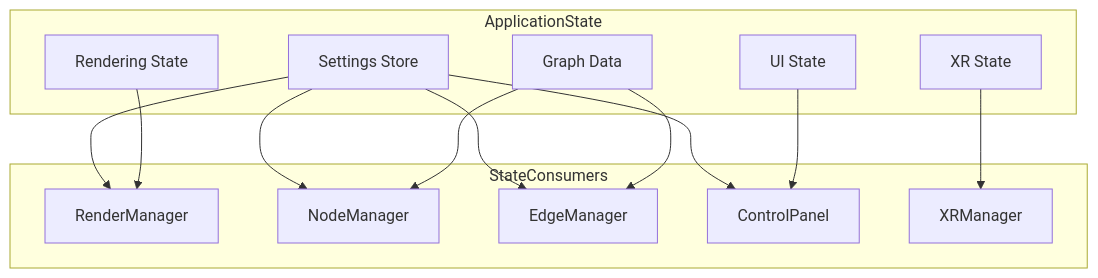
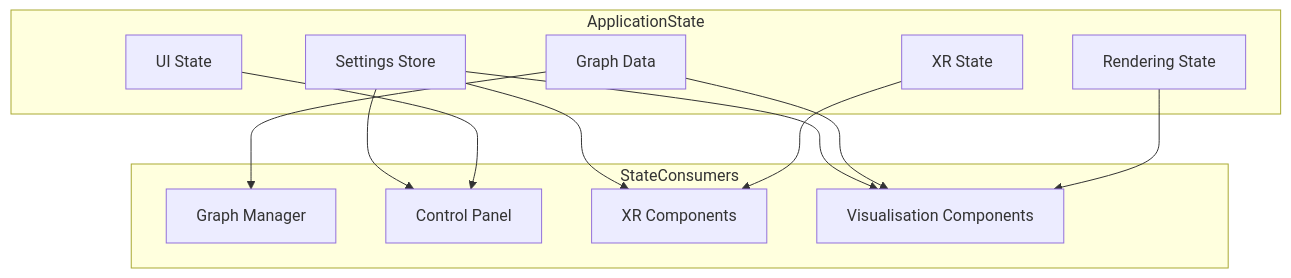
Before and after one commit to DreamLab-AI/VisionFlow: the first of 3 diagrams in docs/client/state.md, drawn with Mermaid. The commit also changed other lines of this file and 8 other files, not shown here.

````diff
--- a/docs/client/state.md
+++ b/docs/client/state.md
@@ -15,30 +15,28 @@
 ```mermaid
 flowchart TB
     subgraph ApplicationState
         Settings[Settings Store]
         GraphData[Graph Data]
         UIState[UI State]
         RenderState[Rendering State]
         XRState[XR State]
     end
     
     subgraph StateConsumers
-        RenderManager
-        NodeManager
-        EdgeManager
-        ControlPanel
-        XRManager
+        GraphManager[Graph Manager]
+        ControlPanel[Control Panel]
+        XRComponents[XR Components]
+        VisualisationComponents[Visualisation Components]
     end
     
-    Settings --> RenderManager
-    Settings --> NodeManager
-    Settings --> EdgeManager
+    Settings --> VisualisationComponents
     Settings --> ControlPanel
+    Settings --> XRComponents
     
-    GraphData --> NodeManager
-    GraphData --> EdgeManager
+    GraphData --> GraphManager
+    GraphData --> VisualisationComponents
     
     UIState --> ControlPanel
-    RenderState --> RenderManager
-    XRState --> XRManager
+    RenderState --> VisualisationComponents
+    XRState --> XRComponents
 ```
````
